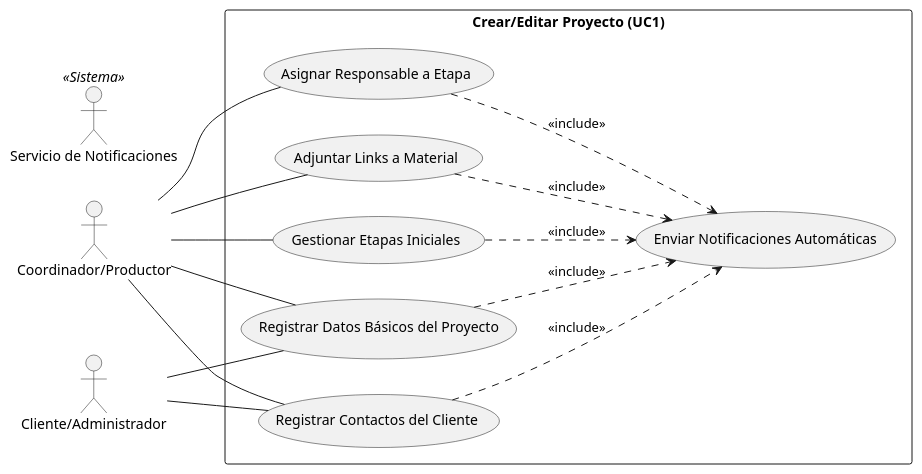
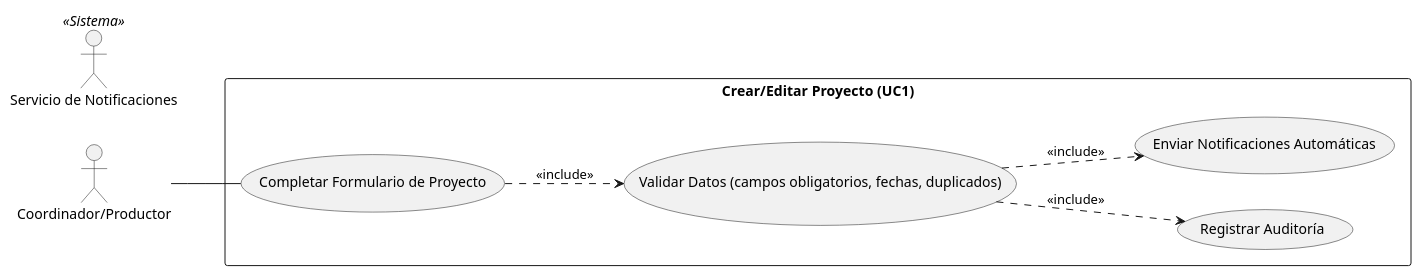
The diagram in diagramas/02-casos-de-uso/02-caso-uso-crear-editar-proyecto-01.puml (GonzaloBarbano/SistemaProductoraVideos), drawn with PlantUML before and after one commit. The commit also changed 11 other files, not shown here.

Commit message:
Correccion diagramas

```diff
--- a/diagramas/02-casos-de-uso/02-caso-uso-crear-editar-proyecto-01.puml
+++ b/diagramas/02-casos-de-uso/02-caso-uso-crear-editar-proyecto-01.puml
@@ -1,32 +1,20 @@
 @startuml
 left to right direction
 
 actor "Coordinador/Productor" as Prod
-actor "Cliente/Administrador" as Client
 actor "Servicio de Notificaciones" as Notif <<Sistema>>
 
 rectangle "Crear/Editar Proyecto (UC1)" {
-    usecase "Registrar Datos Básicos del Proyecto" as DatosProyecto
-    usecase "Registrar Contactos del Cliente" as DatosCliente
-    usecase "Gestionar Etapas Iniciales" as Etapas
-    usecase "Asignar Responsable a Etapa" as UC3
-    usecase "Adjuntar Links a Material" as Links
+    usecase "Completar Formulario de Proyecto" as Form
+    usecase "Validar Datos (campos obligatorios, fechas, duplicados)" as Valida
+    usecase "Registrar Auditoría" as Audit
     usecase "Enviar Notificaciones Automáticas" as UC5
 }
 
-Prod -- DatosProyecto
-Prod -- DatosCliente
-Prod -- Etapas
-Prod -- UC3
-Prod -- Links
-Client -- DatosProyecto
-Client -- DatosCliente
-
-' Relaciones de inclusión
-DatosProyecto ..> UC5 : <<include>>
-DatosCliente ..> UC5 : <<include>>
-Etapas ..> UC5 : <<include>>
-UC3 ..> UC5 : <<include>>
-Links ..> UC5 : <<include>>
+' Relaciones
+Prod -- Form
+Form ..> Valida : <<include>>
+Valida ..> Audit : <<include>>
+Valida ..> UC5 : <<include>>
 
 @enduml
```
